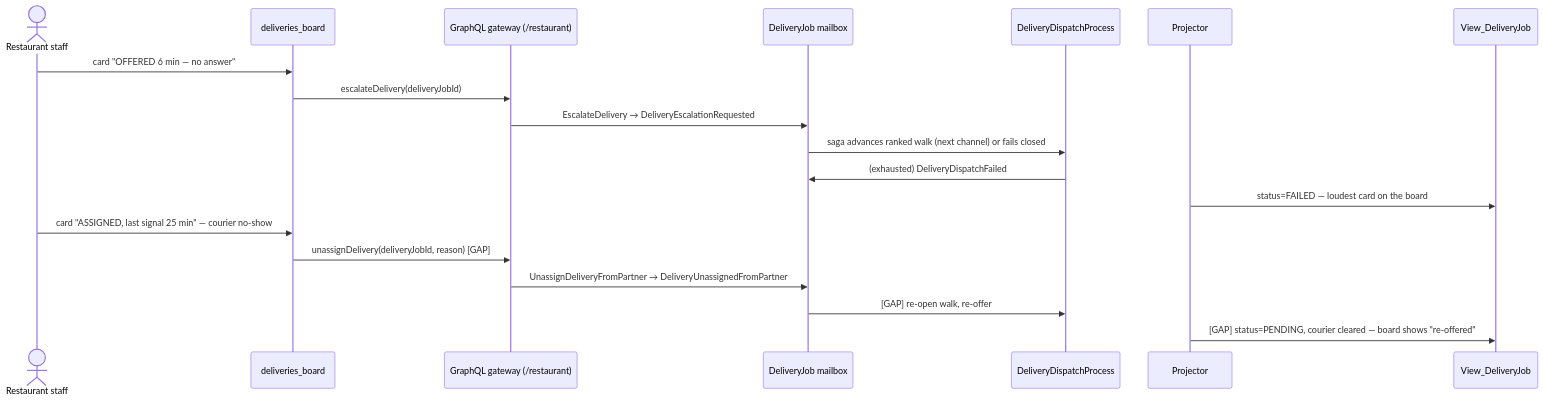
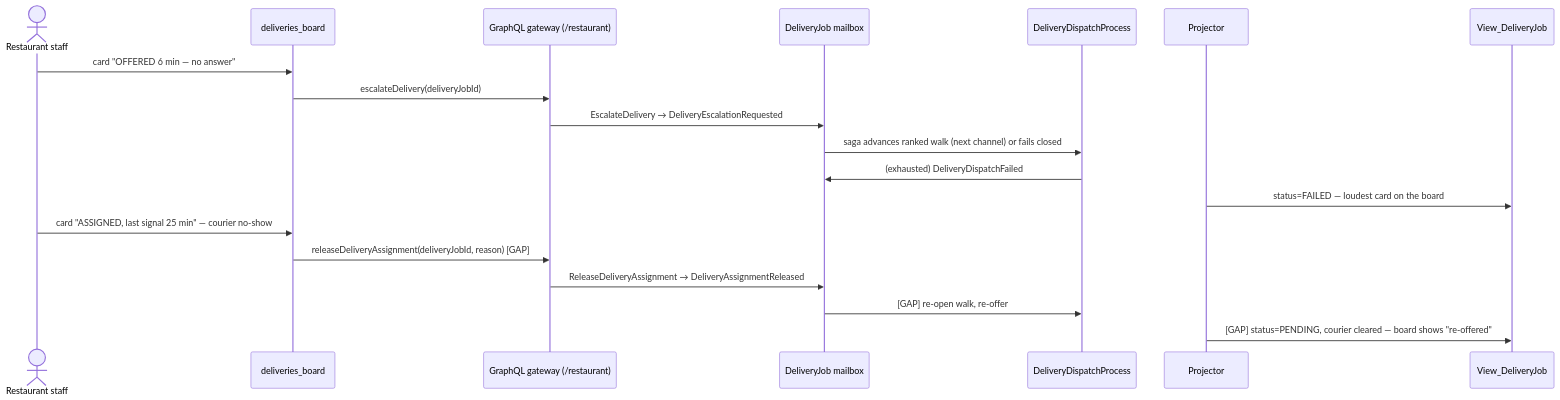
One commit to TheCaptainCompany/captain-food changed the second of 3 diagrams in docs/proposals/PROP-20260808-141817-rider-delivery-write-surface.md. Above: the diagram before and after it, drawn with Mermaid. The commit also changed other lines of this file and 3 other files, not shown here.

First line of the commit message:
PROP/legal reconciliation: DeliveryAssignmentReleased verdict recorded; opt-out legal ratio corrected; obligation brief landed

````diff
--- a/docs/proposals/PROP-20260808-141817-rider-delivery-write-surface.md
+++ b/docs/proposals/PROP-20260808-141817-rider-delivery-write-surface.md
@@ -276,21 +290,21 @@
 ```mermaid
 sequenceDiagram
   actor RM as Restaurant staff
   participant B as deliveries_board
   participant G as GraphQL gateway (/restaurant)
   participant M as DeliveryJob mailbox
   participant PM as DeliveryDispatchProcess
   participant P as Projector
   participant V as View_DeliveryJob
   RM->>B: card "OFFERED 6 min — no answer"
   B->>G: escalateDelivery(deliveryJobId)
   G->>M: EscalateDelivery → DeliveryEscalationRequested
   M->>PM: saga advances ranked walk (next channel) or fails closed
   PM->>M: (exhausted) DeliveryDispatchFailed
   P->>V: status=FAILED — loudest card on the board
   RM->>B: card "ASSIGNED, last signal 25 min" — courier no-show
-  B->>G: unassignDelivery(deliveryJobId, reason) [GAP]
-  G->>M: UnassignDeliveryFromPartner → DeliveryUnassignedFromPartner
+  B->>G: releaseDeliveryAssignment(deliveryJobId, reason) [GAP]
+  G->>M: ReleaseDeliveryAssignment → DeliveryAssignmentReleased
   M->>PM: [GAP] re-open walk, re-offer
   P->>V: [GAP] status=PENDING, courier cleared — board shows "re-offered"
 ```
````
